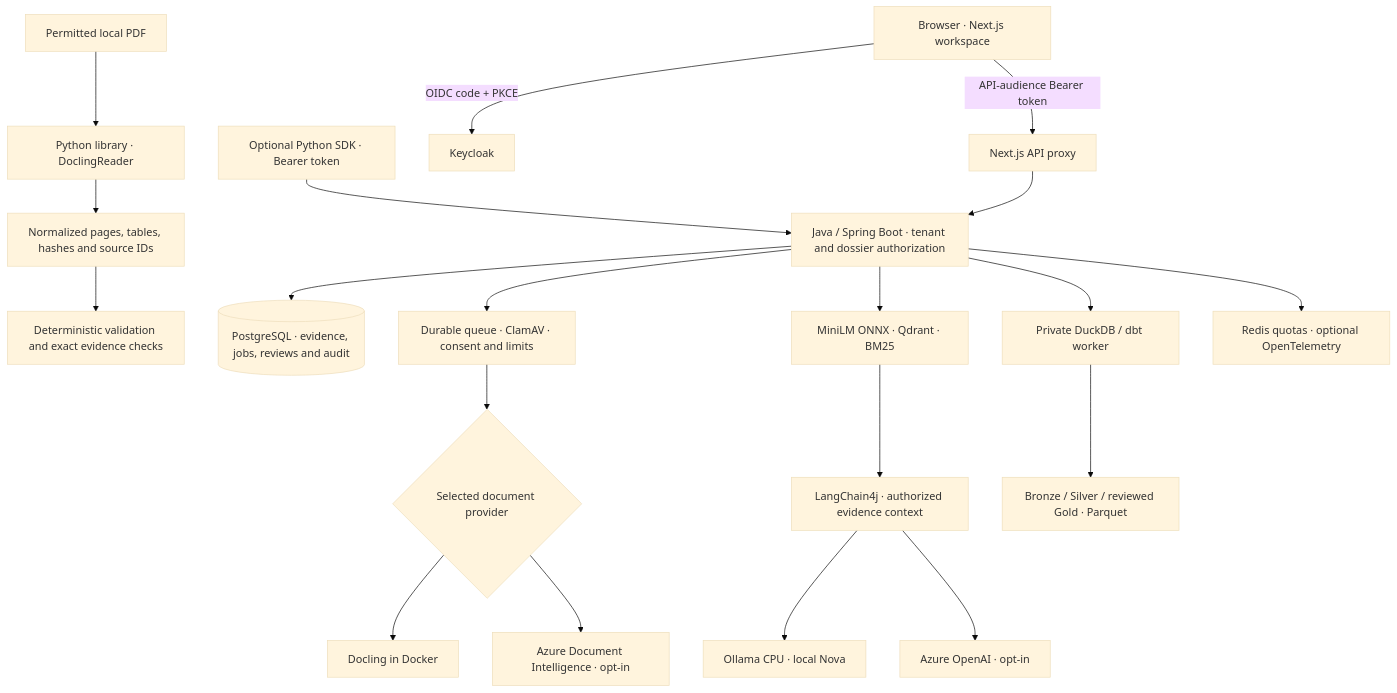
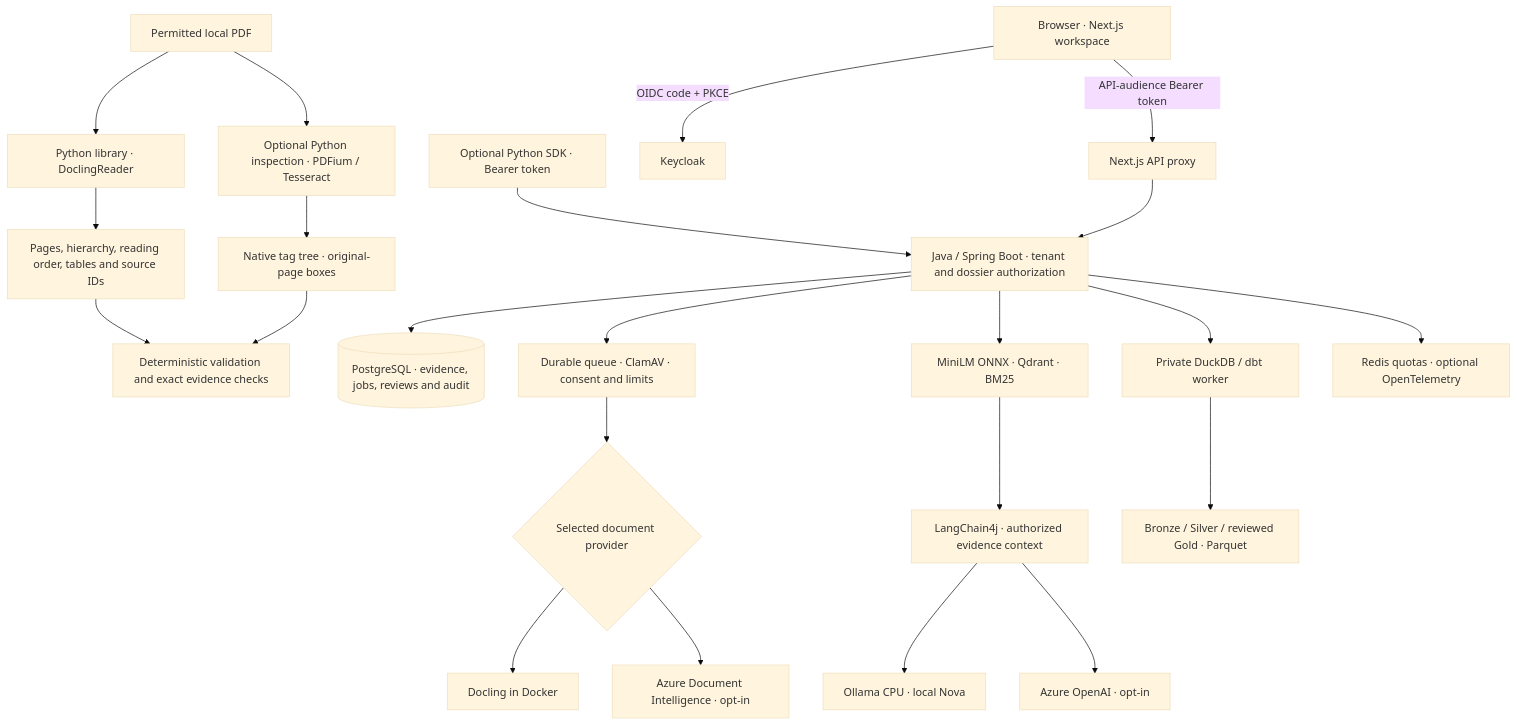
One commit to quocvietphung/document-intelligence-lab changed the diagram in README.md. Above: the diagram before and after it, drawn with Mermaid (base theme). The commit also changed other lines of this file and 43 other files, not shown here.

Commit message:
feat: preserve PDF structure and add local evidence inspection

````diff
--- a/README.md
+++ b/README.md
@@ -334,22 +346,25 @@
 ```mermaid
 flowchart TD
     PDF[Permitted local PDF] --> PY[Python library · DoclingReader]
-    PY --> EV[Normalized pages, tables, hashes and source IDs]
+    PY --> EV[Pages, hierarchy, reading order, tables and source IDs]
     EV --> V[Deterministic validation and exact evidence checks]
+    PDF --> INSPECT[Optional Python inspection · PDFium / Tesseract]
+    INSPECT --> GEOM[Native tag tree · original-page boxes]
+    GEOM --> V
     SDK[Optional Python SDK · Bearer token] --> JAVA
     B[Browser · Next.js workspace] -->|OIDC code + PKCE| K[Keycloak]
     B -->|API-audience Bearer token| N[Next.js API proxy]
     N --> JAVA[Java / Spring Boot · tenant and dossier authorization]
     JAVA --> DB[(PostgreSQL · evidence, jobs, reviews and audit)]
     JAVA --> Q[Durable queue · ClamAV · consent and limits]
     Q --> D{Selected document provider}
     D --> DC[Docling in Docker]
     D --> AZD[Azure Document Intelligence · opt-in]
     JAVA --> R[MiniLM ONNX · Qdrant · BM25]
     R --> LC[LangChain4j · authorized evidence context]
     LC --> OL[Ollama CPU · local Nova]
     LC --> AZO[Azure OpenAI · opt-in]
     JAVA --> ETL[Private DuckDB / dbt worker]
     ETL --> LAYERS[Bronze / Silver / reviewed Gold · Parquet]
     JAVA --> OBS[Redis quotas · optional OpenTelemetry]
 ```
````
